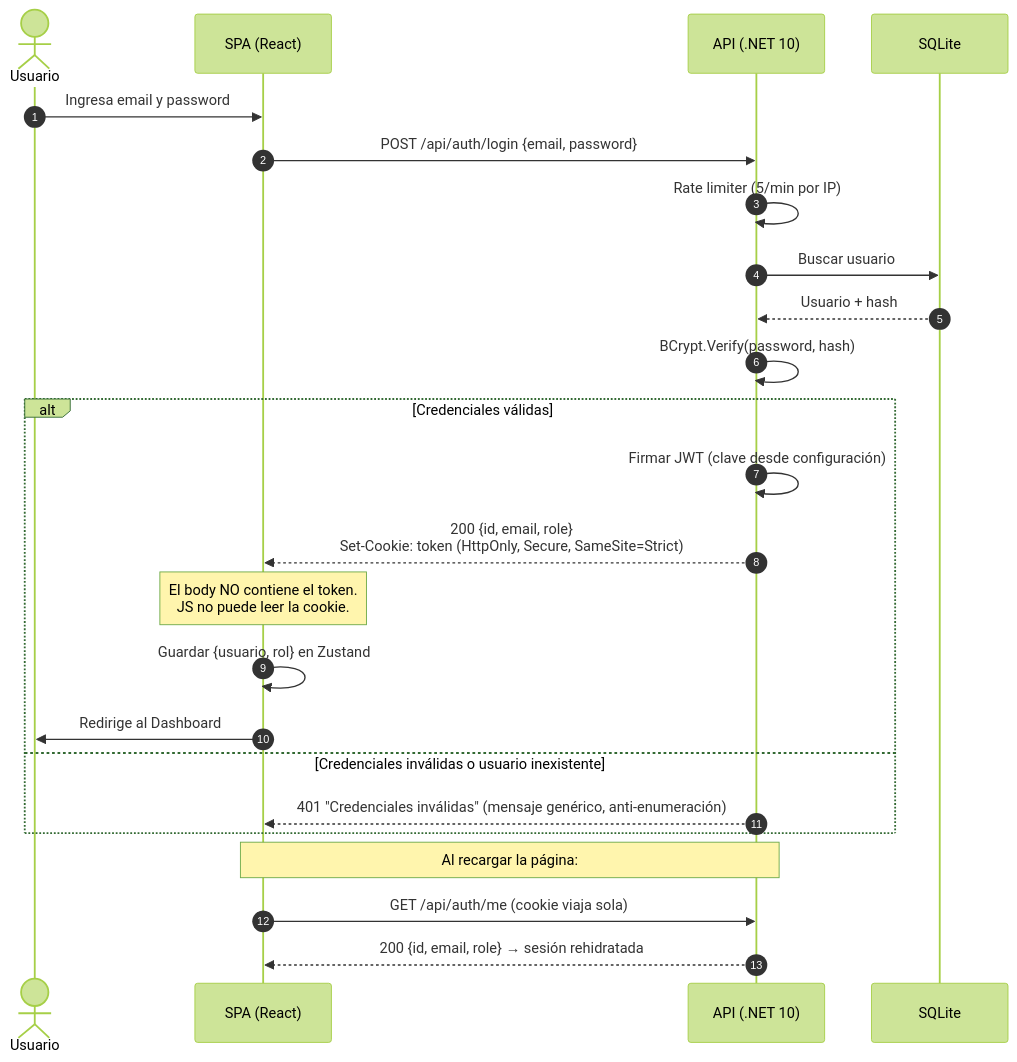
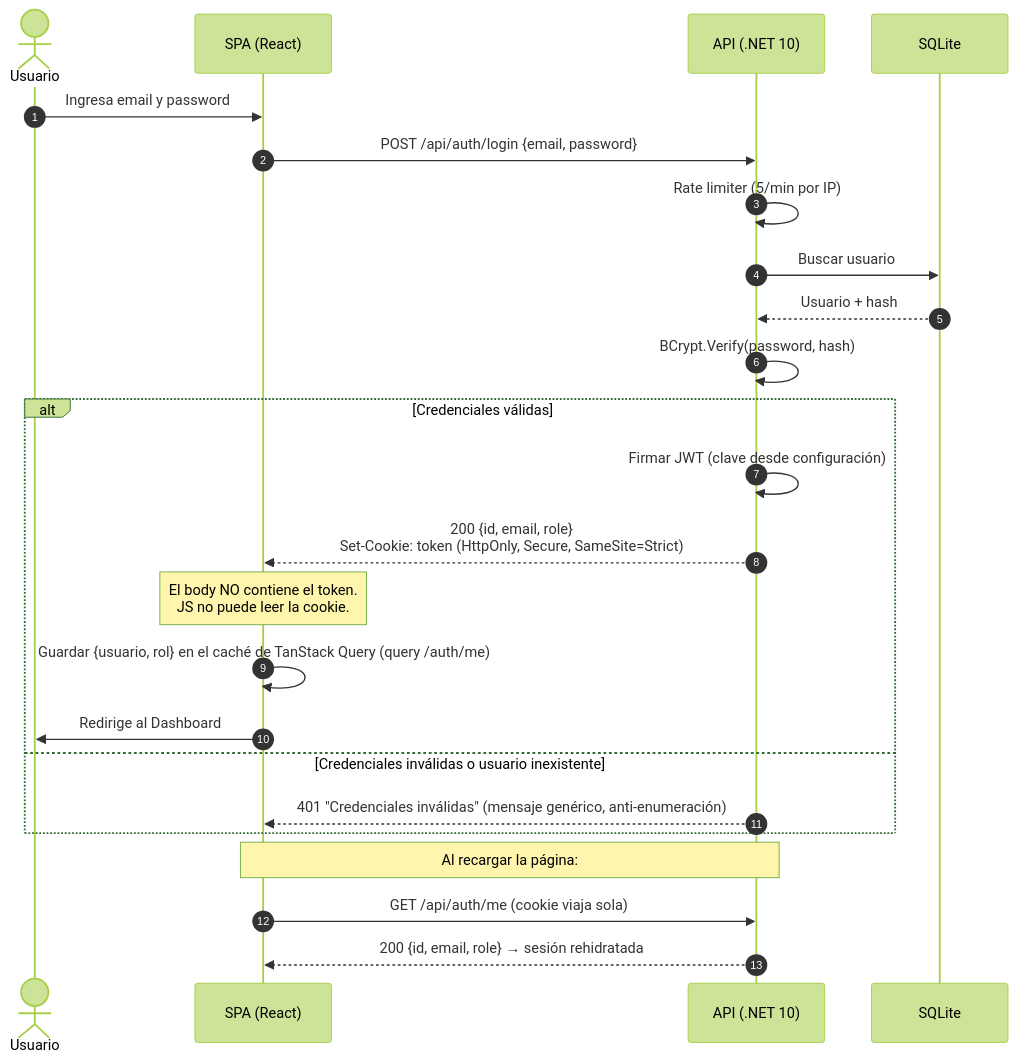
The fifth of 6 diagrams in ARQUITECTURA.md (ingandres18/ifxPruebaTecnica), drawn with Mermaid (forest theme) before and after one commit. The commit also changed other lines of this file and 14 other files, not shown here.

````diff
--- a/ARQUITECTURA.md
+++ b/ARQUITECTURA.md
@@ -142,28 +142,28 @@
 ```mermaid
 sequenceDiagram
     autonumber
     actor U as Usuario
     participant SPA as SPA (React)
     participant API as API (.NET 10)
     participant DB as SQLite
 
     U->>SPA: Ingresa email y password
     SPA->>API: POST /api/auth/login {email, password}
     API->>API: Rate limiter (5/min por IP)
     API->>DB: Buscar usuario
     DB-->>API: Usuario + hash
     API->>API: BCrypt.Verify(password, hash)
     alt Credenciales válidas
         API->>API: Firmar JWT (clave desde configuración)
         API-->>SPA: 200 {id, email, role}<br/>Set-Cookie: token (HttpOnly, Secure, SameSite=Strict)
         Note over SPA: El body NO contiene el token.<br/>JS no puede leer la cookie.
-        SPA->>SPA: Guardar {usuario, rol} en Zustand
+        SPA->>SPA: Guardar {usuario, rol} en el caché de TanStack Query (query /auth/me)
         SPA->>U: Redirige al Dashboard
     else Credenciales inválidas o usuario inexistente
         API-->>SPA: 401 "Credenciales inválidas" (mensaje genérico, anti-enumeración)
     end
 
     Note over SPA,API: Al recargar la página:
     SPA->>API: GET /api/auth/me (cookie viaja sola)
     API-->>SPA: 200 {id, email, role} → sesión rehidratada
 ```
````
